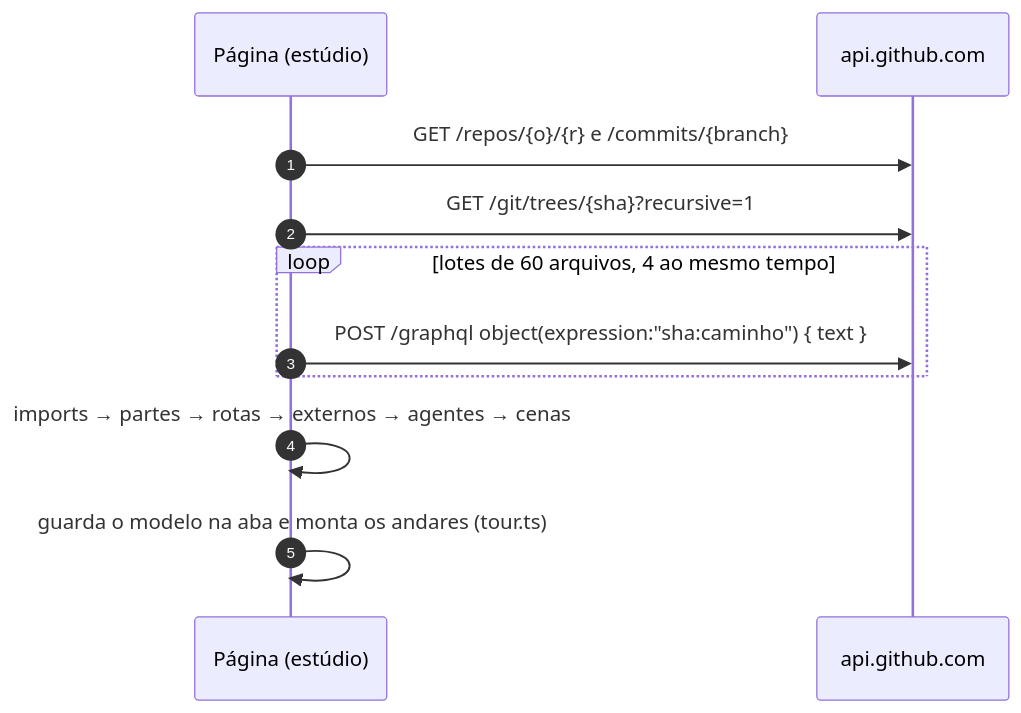
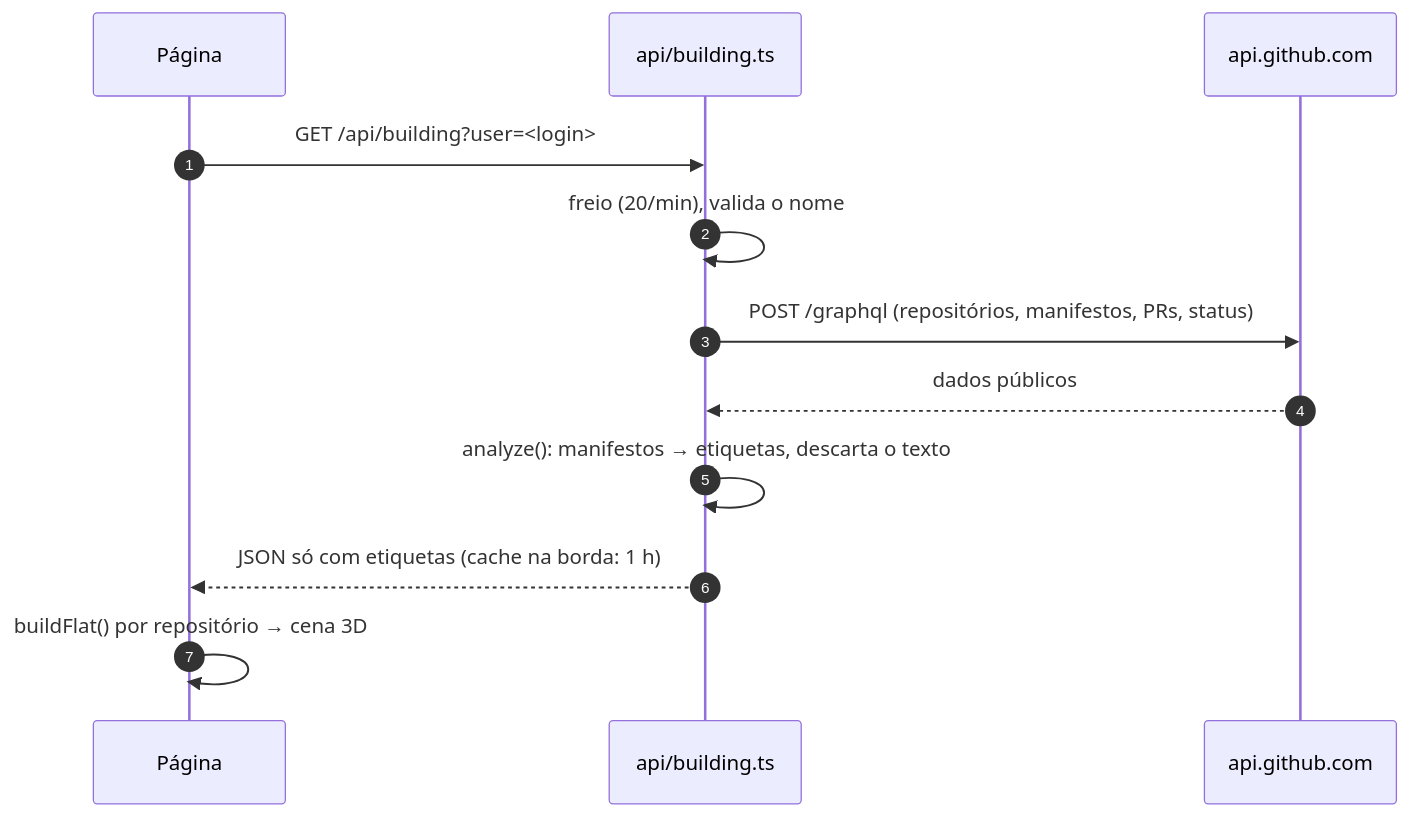
One commit to Yourdevdaniel/repartments changed the third of 4 diagrams in docs/arquitetura.md. Above: the diagram before and after it, drawn with Mermaid. The commit also changed other lines of this file and 3 other files, not shown here.

````diff
--- a/docs/arquitetura.md
+++ b/docs/arquitetura.md
@@ -151,13 +107,14 @@
 ```mermaid
 sequenceDiagram
   autonumber
-  participant P as Página (estúdio)
-  participant A as api.github.com
-  P->>A: GET /repos/{o}/{r} e /commits/{branch}
-  P->>A: GET /git/trees/{sha}?recursive=1
-  loop lotes de 60 arquivos, 4 ao mesmo tempo
-    P->>A: POST /graphql object(expression:"sha:caminho") { text }
-  end
-  P->>P: imports → partes → rotas → externos → agentes → cenas
-  P->>P: guarda o modelo na aba e monta os andares (tour.ts)
+  participant P as Página
+  participant F as api/building.ts
+  participant G as api.github.com
+  P->>F: GET /api/building?user=<login>
+  F->>F: freio (20/min), valida o nome
+  F->>G: POST /graphql (repositórios, manifestos, PRs, status)
+  G-->>F: dados públicos
+  F->>F: analyze(): manifestos → etiquetas, descarta o texto
+  F-->>P: JSON só com etiquetas (cache na borda: 1 h)
+  P->>P: buildFlat() por repositório → cena 3D
 ```
````
